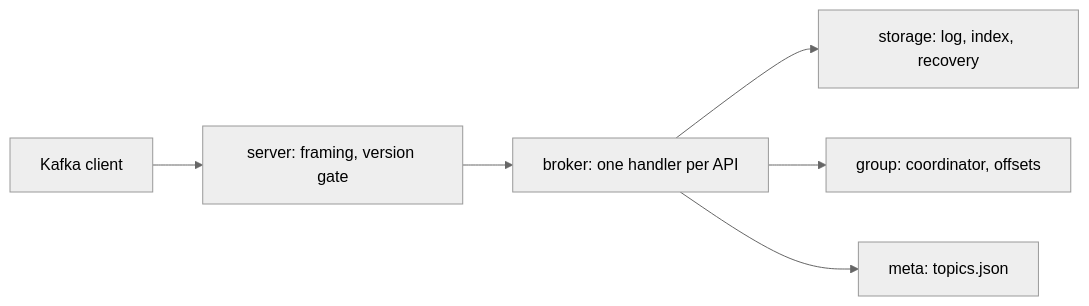
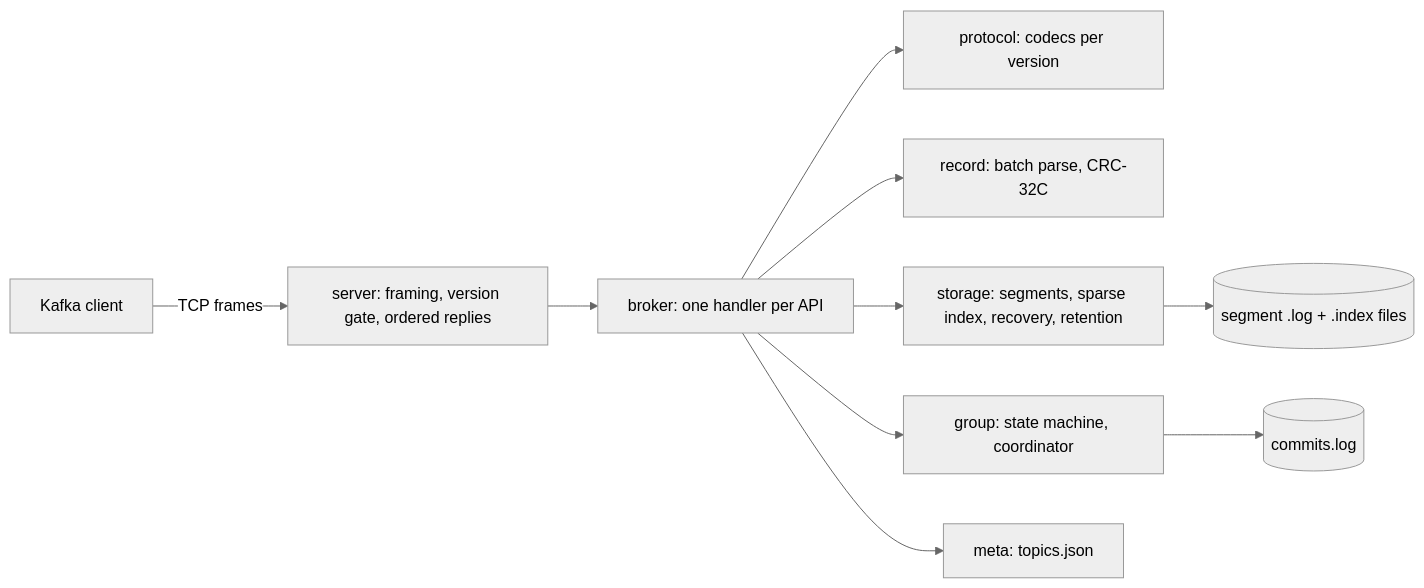
One commit to sathwikbairaboina2/kafka-go changed the diagram in docs/DEVDOCS.md. Above: the diagram before and after it, drawn with Mermaid (neutral theme). The commit also changed other lines of this file and 2 other files, not shown here.

````diff
--- a/docs/DEVDOCS.md
+++ b/docs/DEVDOCS.md
@@ -21,8 +50,12 @@
 ```mermaid
 flowchart LR
-  C[Kafka client] --> S[server: framing, version gate]
+  C[Kafka client] -->|TCP frames| S[server: framing, version gate, ordered replies]
   S --> B[broker: one handler per API]
-  B --> ST[storage: log, index, recovery]
-  B --> G[group: coordinator, offsets]
+  B --> P[protocol: codecs per version]
+  B --> R[record: batch parse, CRC-32C]
+  B --> ST[storage: segments, sparse index, recovery, retention]
+  B --> G[group: state machine, coordinator]
   B --> M[meta: topics.json]
+  G --> O[(commits.log)]
+  ST --> D[(segment .log + .index files)]
 ```
````
